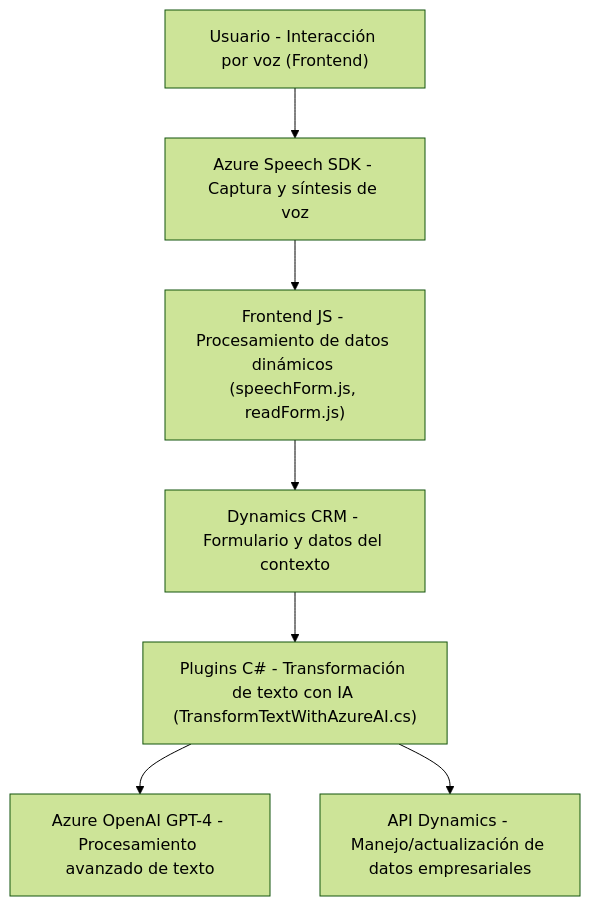
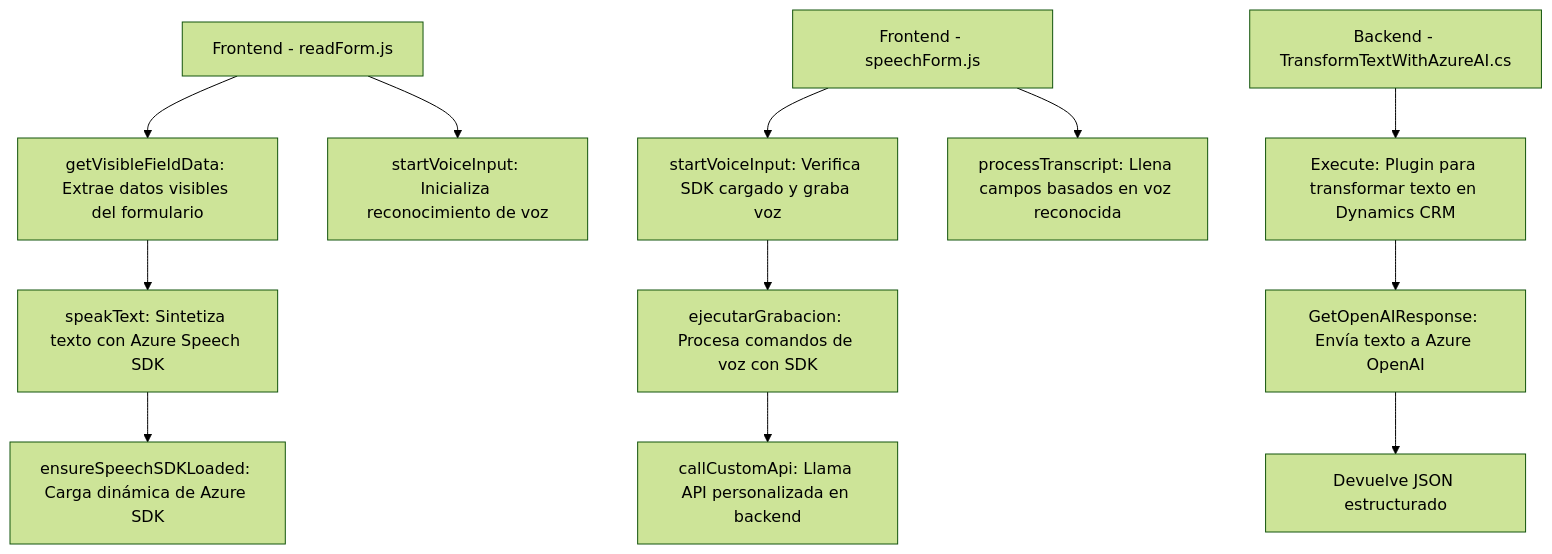
The diagram in README.md (blopezdm/NETCORE_BILBAO2025), drawn with Mermaid (forest theme) before and after one commit. The commit also changed other lines of this file, not shown here.

Commit message:
Actualizar análisis global de la solución con IA

````diff
--- a/README.md
+++ b/README.md
@@ -46,17 +38,16 @@
 ```mermaid
 graph TD
-    A["Usuario - Interacción por voz (Frontend)"]
-    B["Azure Speech SDK - Captura y síntesis de voz"]
-    C["Frontend JS - Procesamiento de datos dinámicos (speechForm.js, readForm.js)"]
-    D["Dynamics CRM - Formulario y datos del contexto"]
-    E["Plugins C# - Transformación de texto con IA (TransformTextWithAzureAI.cs)"]
-    F["Azure OpenAI GPT-4 - Procesamiento avanzado de texto"]
-    G["API Dynamics - Manejo/actualización de datos empresariales"]
+    A["Frontend - readForm.js"] --> B["getVisibleFieldData: Extrae datos visibles del formulario"]
+    B --> C["speakText: Sintetiza texto con Azure Speech SDK"]
+    C --> D["ensureSpeechSDKLoaded: Carga dinámica de Azure SDK"]
+    A --> E["startVoiceInput: Inicializa reconocimiento de voz"]
 
-    A --> B
-    B --> C
-    C --> D
-    D --> E
-    E --> F
-    E --> G
+    F["Frontend - speechForm.js"] --> G["startVoiceInput: Verifica SDK cargado y graba voz"]
+    G --> H["ejecutarGrabacion: Procesa comandos de voz con SDK"]
+    H --> I["callCustomApi: Llama API personalizada en backend"]
+    F --> J["processTranscript: Llena campos basados en voz reconocida"]
+
+    K["Backend - TransformTextWithAzureAI.cs"] --> L["Execute: Plugin para transformar texto en Dynamics CRM"]
+    L --> M["GetOpenAIResponse: Envía texto a Azure OpenAI"]
+    M --> N["Devuelve JSON estructurado"]
 ```
````
